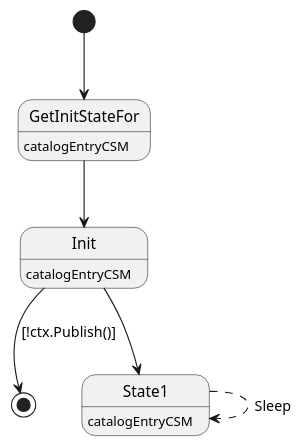
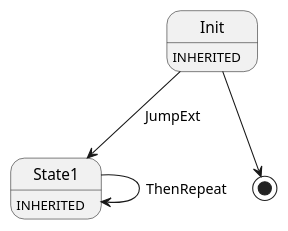
Before and after one commit to insolar/assured-ledger: the diagram in ledger-core/conveyor/smachine/main/example/catalogC.plantuml, drawn with PlantUML. The commit also changed 15 other files, not shown here.

Commit message:
PLAT-390 moar uml

```diff
--- a/ledger-core/conveyor/smachine/main/example/catalogC.plantuml
+++ b/ledger-core/conveyor/smachine/main/example/catalogC.plantuml
@@ -1,13 +1,7 @@
 @startuml
-state "GetInitStateFor" as T00_S001
-T00_S001 : catalogEntryCSM
-[*] --> T00_S001
-T00_S001 --> T00_S002
-state "Init" as T00_S002
-T00_S002 : catalogEntryCSM
-T00_S002 --> [*] : [!ctx.Publish()]
-T00_S002 --> T00_S003
-state "State1" as T00_S003
-T00_S003 : catalogEntryCSM
-T00_S003 --[dashed]> T00_S003 : Sleep
+Init : INHERITED
+Init --> State1 : JumpExt
+Init --> [*]
+State1 : INHERITED
+State1 --> State1 : ThenRepeat
 @enduml
```
